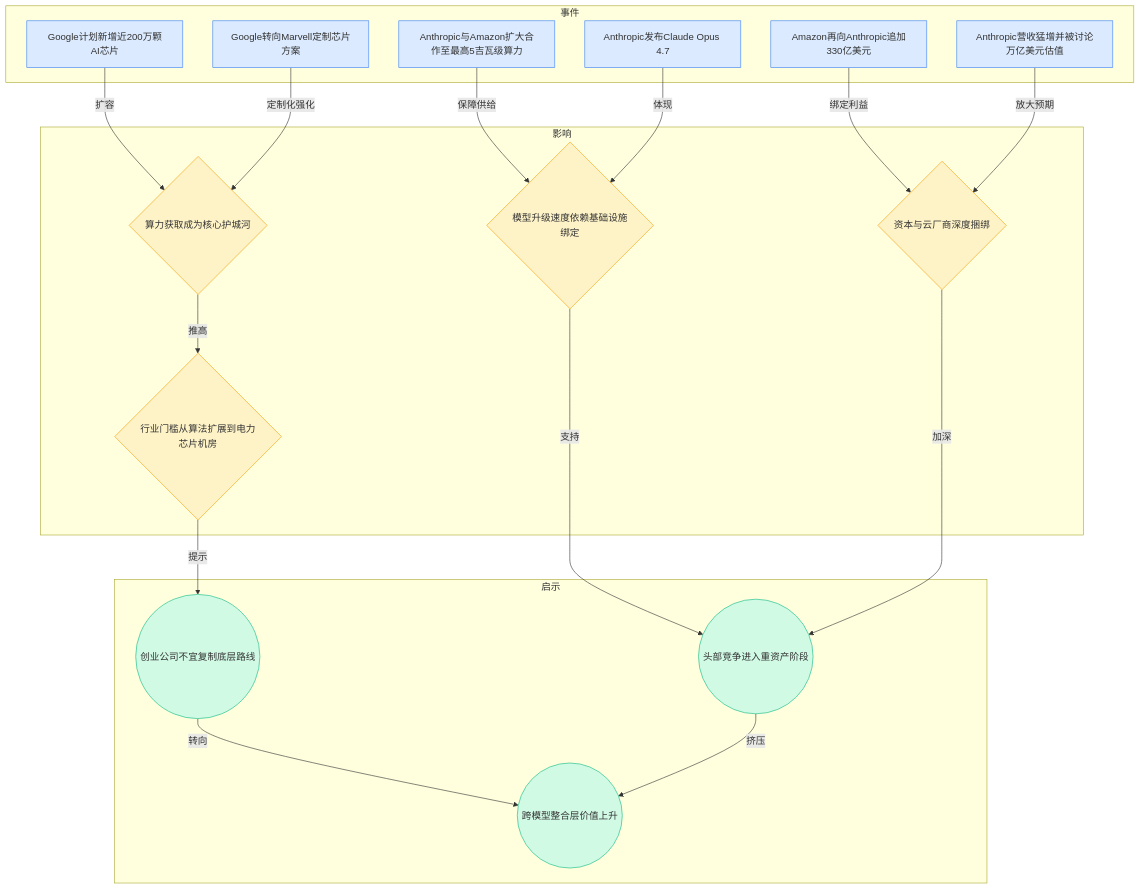
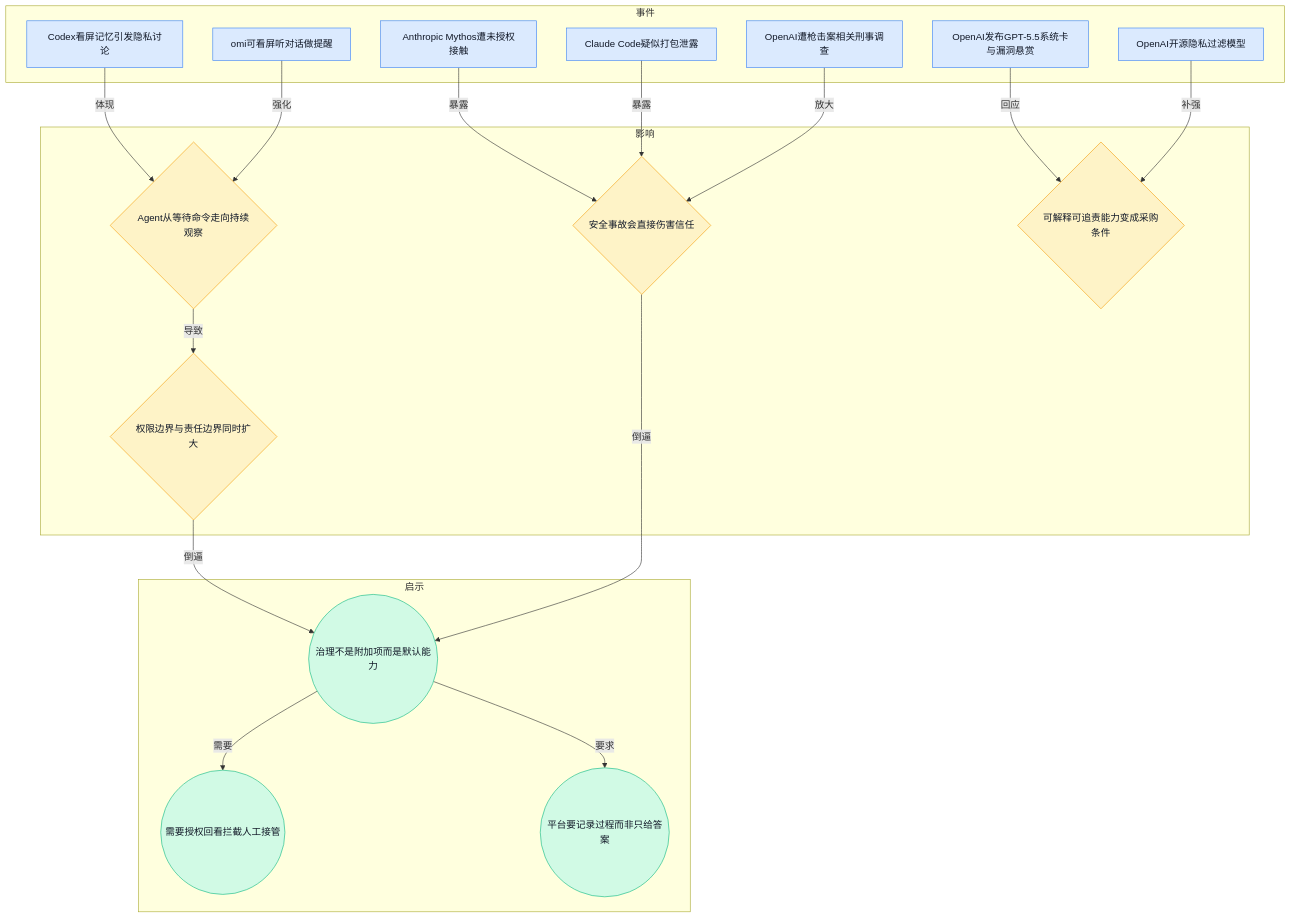
The fourth of 8 diagrams in content/cn/blog/weekly/2026-W17.md (ylzsdafei/ai-daily-site), drawn with Mermaid before and after one commit. The commit also changed other lines of this file and 1 other file, not shown here.

````diff
--- a/content/cn/blog/weekly/2026-W17.md
+++ b/content/cn/blog/weekly/2026-W17.md
@@ -96,40 +102,41 @@
 ```mermaid
 graph TD
 subgraph 事件
-A[Google计划新增近200万颗AI芯片]
-B[Google转向Marvell定制芯片方案]
-C[Anthropic与Amazon扩大合作至最高5吉瓦级算力]
-D[Amazon再向Anthropic追加330亿美元]
-E[Anthropic发布Claude Opus 4.7]
-F[Anthropic营收猛增并被讨论万亿美元估值]
+A[Codex看屏记忆引发隐私讨论]
+B[omi可看屏听对话做提醒]
+C[Anthropic Mythos遭未授权接触]
+D[Claude Code疑似打包泄露]
+E[OpenAI遭枪击案相关刑事调查]
+F[OpenAI发布GPT-5.5系统卡与漏洞悬赏]
+G[OpenAI开源隐私过滤模型]
 end
 subgraph 影响
-G{算力获取成为核心护城河}
-H{模型升级速度依赖基础设施绑定}
-I{资本与云厂商深度捆绑}
-J{行业门槛从算法扩展到电力芯片机房}
+H{Agent从等待命令走向持续观察}
+I{权限边界与责任边界同时扩大}
+J{安全事故会直接伤害信任}
+K{可解释可追责能力变成采购条件}
 end
 subgraph 启示
-K((头部竞争进入重资产阶段))
-L((创业公司不宜复制底层路线))
-M((跨模型整合层价值上升))
+L((治理不是附加项而是默认能力))
+M((需要授权回看拦截人工接管))
+N((平台要记录过程而非只给答案))
 end
-A -->|扩容| G
-B -->|定制化强化| G
-C -->|保障供给| H
-D -->|绑定利益| I
-E -->|体现| H
-F -->|放大预期| I
-G -->|推高| J
-H -->|支持| K
-I -->|加深| K
-J -->|提示| L
-L -->|转向| M
-K -->|挤压| M
-classDef blue fill:#dbeafe,stroke:#3b82f6
-classDef yellow fill:#fef3c7,stroke:#f59e0b
-classDef green fill:#d1fae5,stroke:#10b981
-class A,B,C,D,E,F blue
-class G,H,I,J yellow
-class K,L,M green
+A -->|体现| H
+B -->|强化| H
+H -->|导致| I
+C -->|暴露| J
+D -->|暴露| J
+E -->|放大| J
+F -->|回应| K
+G -->|补强| K
+I -->|倒逼| L
+J -->|倒逼| L
+L -->|需要| M
+L -->|要求| N
+classDef blue fill:#dbeafe,stroke:#3b82f6,color:#111827
+classDef yellow fill:#fef3c7,stroke:#f59e0b,color:#111827
+classDef green fill:#d1fae5,stroke:#10b981,color:#111827
+class A,B,C,D,E,F,G blue
+class H,I,J,K yellow
+class L,M,N green
 ```
````
